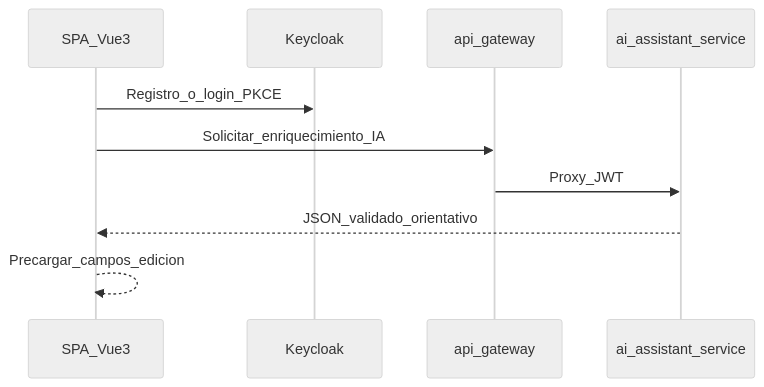
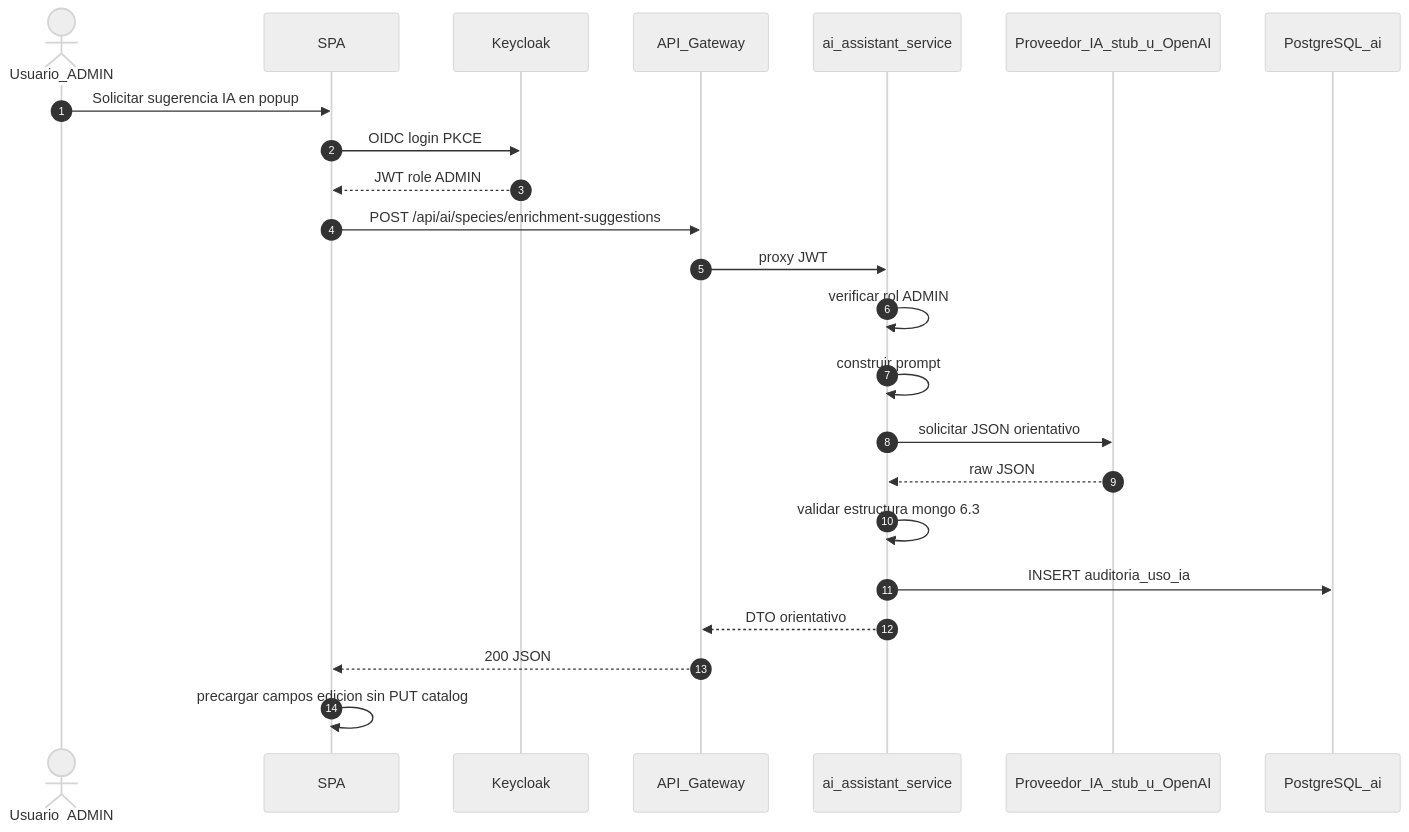
Before and after one commit to ldefrutos1/AI4Devs-finalproject: diagram 12 of 19 in readme.md, drawn with Mermaid (neutral theme). The commit also changed other lines of this file and 5 other files, not shown here.

````diff
--- a/readme.md
+++ b/readme.md
@@ -771,12 +782,27 @@
 ```mermaid
 sequenceDiagram
-  participant SPA as SPA_Vue3
+  autonumber
+  actor U as Usuario_ADMIN
+  participant SPA as SPA
   participant KC as Keycloak
-  participant GW as api_gateway
+  participant GW as API_Gateway
   participant AIS as ai_assistant_service
-  SPA->>KC: Registro_o_login_PKCE
-  SPA->>GW: Solicitar_enriquecimiento_IA
-  GW->>AIS: Proxy_JWT
-  AIS-->>SPA: JSON_validado_orientativo
-  SPA-->>SPA: Precargar_campos_edicion
+  participant Prov as Proveedor_IA_stub_u_OpenAI
+  participant PG as PostgreSQL_ai
+
+  U->>SPA: Solicitar sugerencia IA en popup
+  SPA->>KC: OIDC login PKCE
+  KC-->>SPA: JWT role ADMIN
+
+  SPA->>GW: POST /api/ai/species/enrichment-suggestions
+  GW->>AIS: proxy JWT
+  AIS->>AIS: verificar rol ADMIN
+  AIS->>AIS: construir prompt
+  AIS->>Prov: solicitar JSON orientativo
+  Prov-->>AIS: raw JSON
+  AIS->>AIS: validar estructura mongo 6.3
+  AIS->>PG: INSERT auditoria_uso_ia
+  AIS-->>GW: DTO orientativo
+  GW-->>SPA: 200 JSON
+  SPA->>SPA: precargar campos edicion sin PUT catalog
 ```
````
